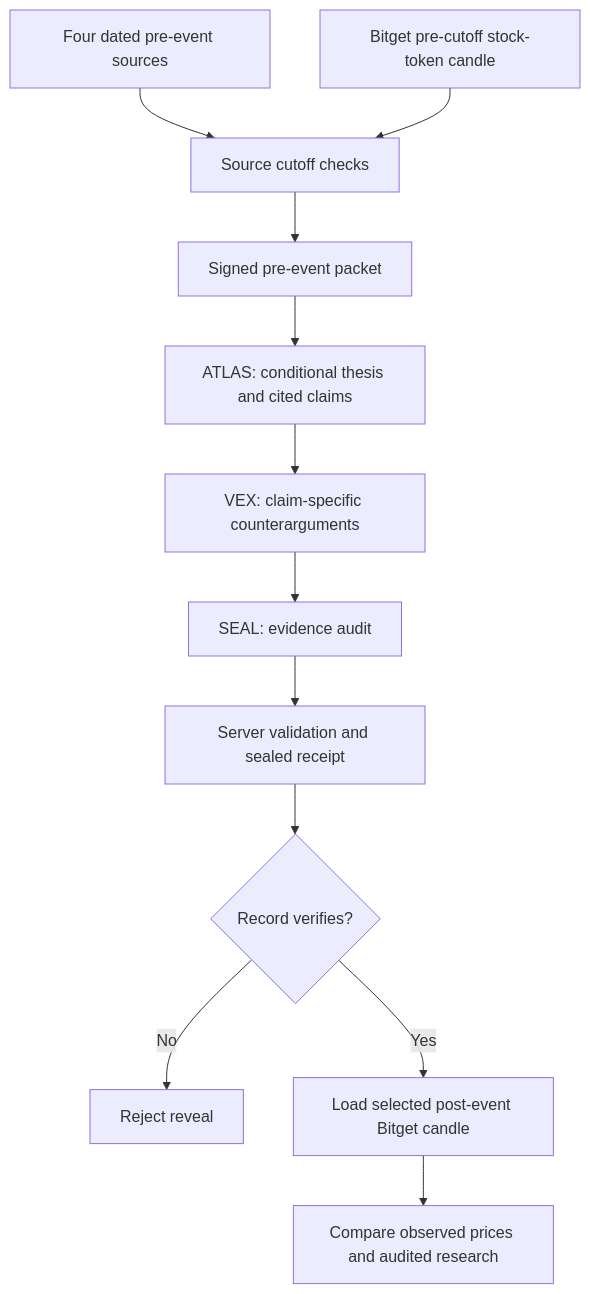
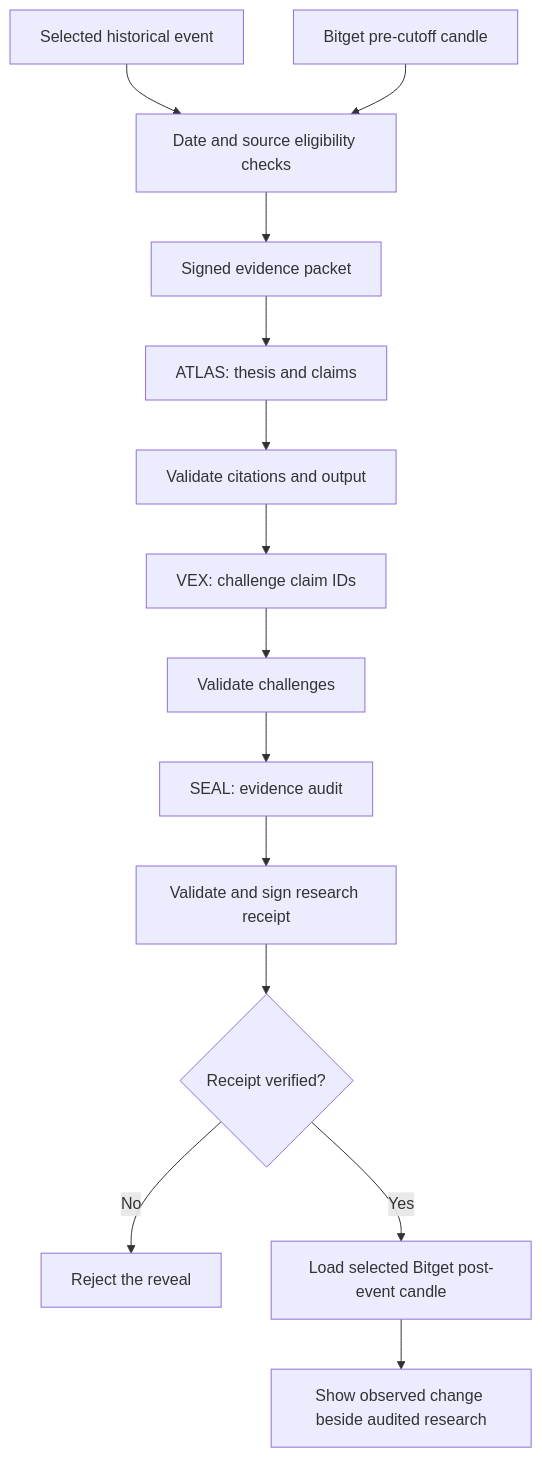
The diagram in README.md (Web3Kyami/Veyrin), drawn with Mermaid before and after one commit. The commit also changed other lines of this file, not shown here.

Commit message:
docs: rewrite judge README in direct developer voice with agent details and verifiable architecture

````diff
--- a/README.md
+++ b/README.md
@@ -28,14 +77,16 @@
 ```mermaid
 flowchart TD
-    A[Four dated pre-event sources] --> B[Source cutoff checks]
-    C[Bitget pre-cutoff stock-token candle] --> B
-    B --> D[Signed pre-event packet]
-    D --> E[ATLAS: conditional thesis and cited claims]
-    E --> F[VEX: claim-specific counterarguments]
-    F --> G[SEAL: evidence audit]
-    G --> H[Server validation and sealed receipt]
-    H --> I{Record verifies?}
-    I -- No --> J[Reject reveal]
-    I -- Yes --> K[Load selected post-event Bitget candle]
-    K --> L[Compare observed prices and audited research]
+    A[Selected historical event] --> B[Date and source eligibility checks]
+    C[Bitget pre-cutoff candle] --> B
+    B --> D[Signed evidence packet]
+    D --> E[ATLAS: thesis and claims]
+    E --> F[Validate citations and output]
+    F --> G[VEX: challenge claim IDs]
+    G --> H[Validate challenges]
+    H --> I[SEAL: evidence audit]
+    I --> J[Validate and sign research receipt]
+    J --> K{Receipt verified?}
+    K -- No --> L[Reject the reveal]
+    K -- Yes --> M[Load selected Bitget post-event candle]
+    M --> N[Show observed change beside audited research]
 ```
````
